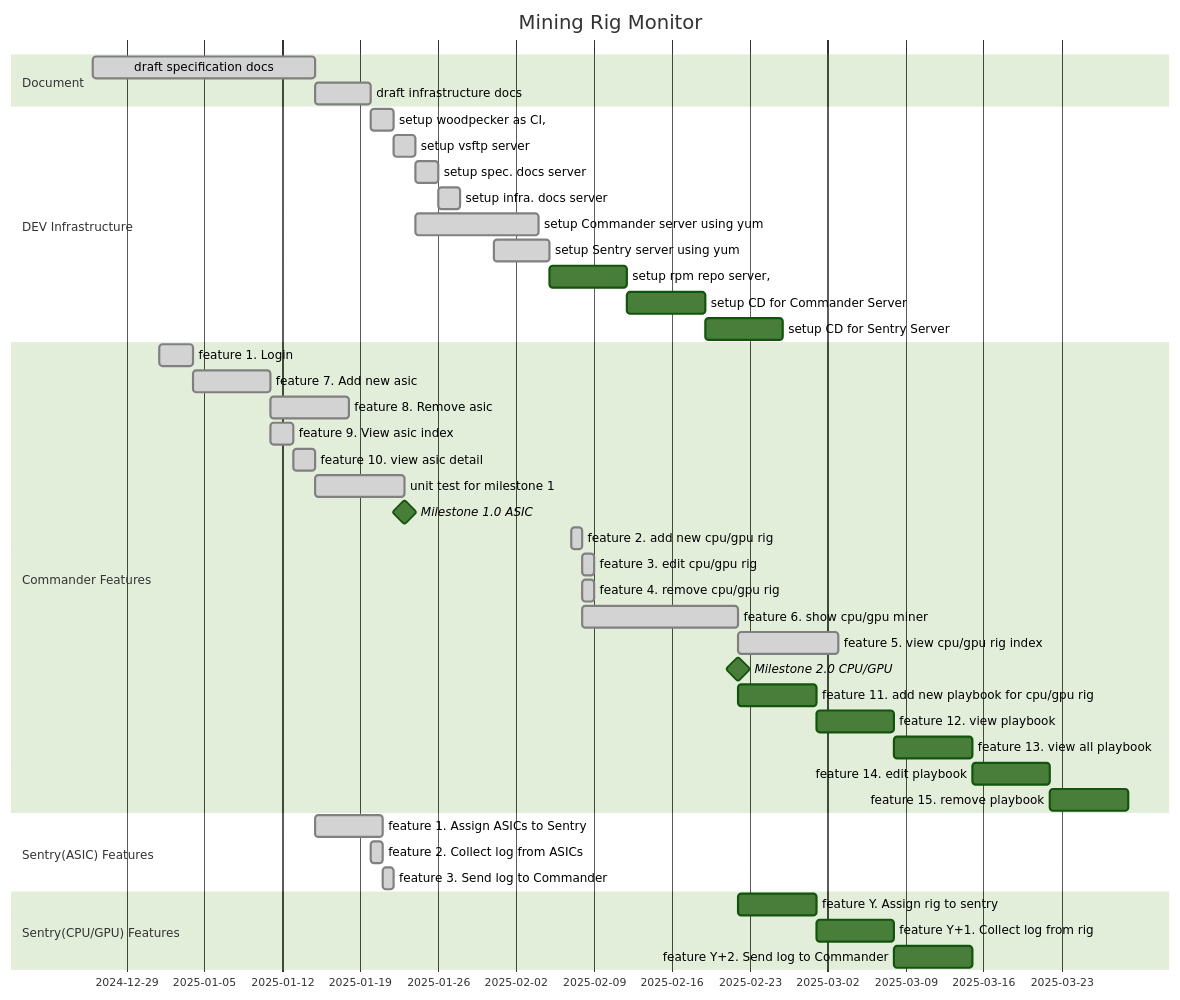
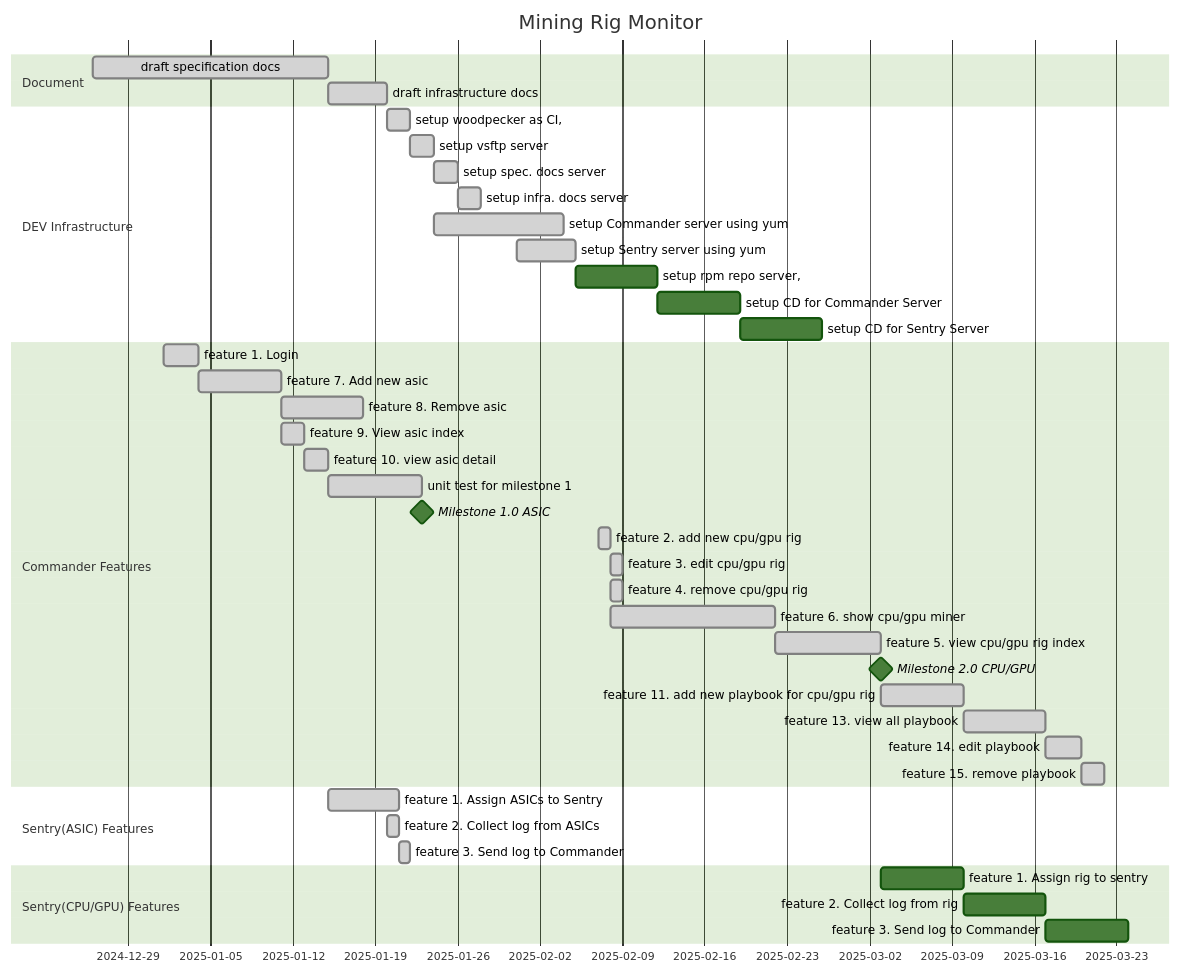
Before and after one commit to nguyenvinhlinh/Mining-Rig-Monitor-Document: the diagram in docs/06-project-management.md, drawn with Mermaid (forest theme).

````diff
--- a/docs/06-project-management.md
+++ b/docs/06-project-management.md
@@ -9,56 +9,55 @@
 ``` mermaid
 gantt
     title Mining Rig Monitor
     dateFormat YYYY-MM-DD
 
     section Document
         draft specification  docs      :done, wsd, 2024-12-26, 20d
         draft infrastructure docs      :done, wid, after wsd, 5d
     section DEV Infrastructure
         setup woodpecker as CI,        :done, swci, after wid, 2d
         setup vsftp server             :done, svsftp, after swci, 2d
         setup spec. docs server        :done, ssds, after svsftp, 2d
         setup infra. docs server       :done, sids, after ssds, 2d
 
 
         setup Commander server using yum :done, scs, 2025-01-24, 2025-02-04
         setup Sentry server using yum    :done, sss, 2025-01-31, 2025-02-05
         setup rpm repo server,           :srps, after sss, 1w
         setup CD for Commander Server    :scdcs, after srps, 1w
         setup CD for Sentry Server       :scdss, after scdcs, 1w
     section Commander Features
         feature  1. Login              :done, f01, 2025-01-01, 3d
 
         feature  7. Add new asic       :done, f07, after f01, 1w
         feature  8. Remove asic        :done, f08, after f07, 1w
         feature  9. View asic index    :done, f09, 2025-01-11, 2025-01-13
         feature 10. view asic detail   :done, f10, 2025-01-13, 2025-01-15
         unit test for milestone 1      :done, ut1, 2025-01-15, 2025-01-23
 
         Milestone 1.0 ASIC:            milestone, m1, 2025-01-23, 4m
 
         feature 2. add new cpu/gpu rig    :done, f02, 2025-02-07, 2025-02-08
         feature 3. edit cpu/gpu rig       :done, f03, 2025-02-08, 2025-02-09
         feature 4. remove cpu/gpu rig     :done, f04, 2025-02-08, 2025-02-09
         feature 6. show cpu/gpu miner     :done, f06, 2025-02-08, 2025-02-22
-        feature 5. view cpu/gpu rig index :done, :f05, after f06, 2025-03-03
+        feature 5. view cpu/gpu rig index :done, f05, 2025-02-22, 2025-03-03
 
-        Milestone 2.0 CPU/GPU: milestone, m2, after f05, 2m
+        Milestone 2.0 CPU/GPU: milestone, m2, 2025-03-03, 2m
 
-        feature 11. add new playbook for cpu/gpu rig  :f11, after f05, 1w
-        feature 12. view playbook                     :f12, after f11, 1w
-        feature 13. view all playbook                 :f13, after f12, 1w
-        feature 14. edit playbook                     :f14, after f13, 1w
-        feature 15. remove playbook                   :f15, after f14, 1w
+        feature 11. add new playbook for cpu/gpu rig  :done, f11, 2025-03-03, 2025-03-10
+        feature 13. view all playbook                 :done, f13, 2025-03-10, 2025-03-17
+        feature 14. edit playbook                     :done, f14, 2025-03-17, 2025-03-20
+        feature 15. remove playbook                   :done, f15, 2025-03-20, 2025-03-22
 
     section Sentry(ASIC) Features
         feature 1. Assign ASICs to Sentry    :done, aats, 2025-01-15, 2025-01-21
         feature 2. Collect log from ASICs    :done, clfa, 2025-01-20, 2025-01-21
         feature 3. Send log to Commander     :done, sltc, 2025-01-21, 2025-01-22
 
     section Sentry(CPU/GPU) Features
-        feature Y. Assign rig to sentry    :fy, after f05, 1w
-        feature Y+1. Collect log from rig  :fy1, after fy, 1w
-        feature Y+2. Send log to Commander :fy2, after fy1, 1w
+        feature 1. Assign rig to sentry    :fy,  after f05, 1w
+        feature 2. Collect log from rig    :fy1, after fy, 1w
+        feature 3. Send log to Commander   :fy2, after fy1, 1w
 
 ```
````
